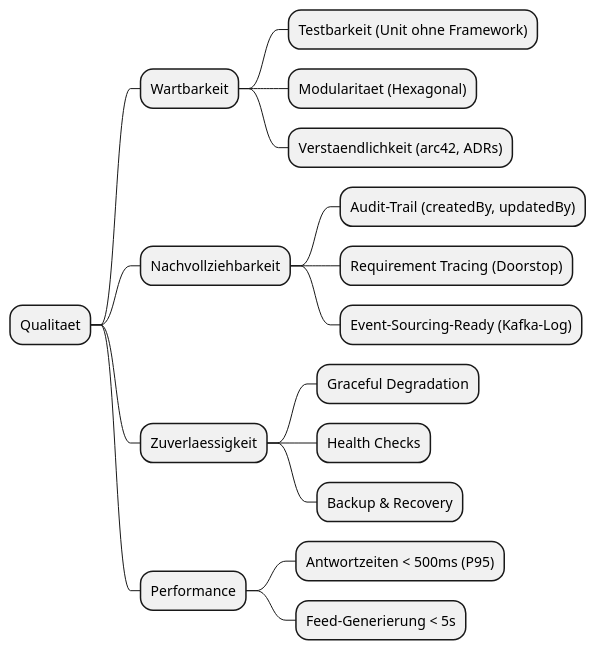
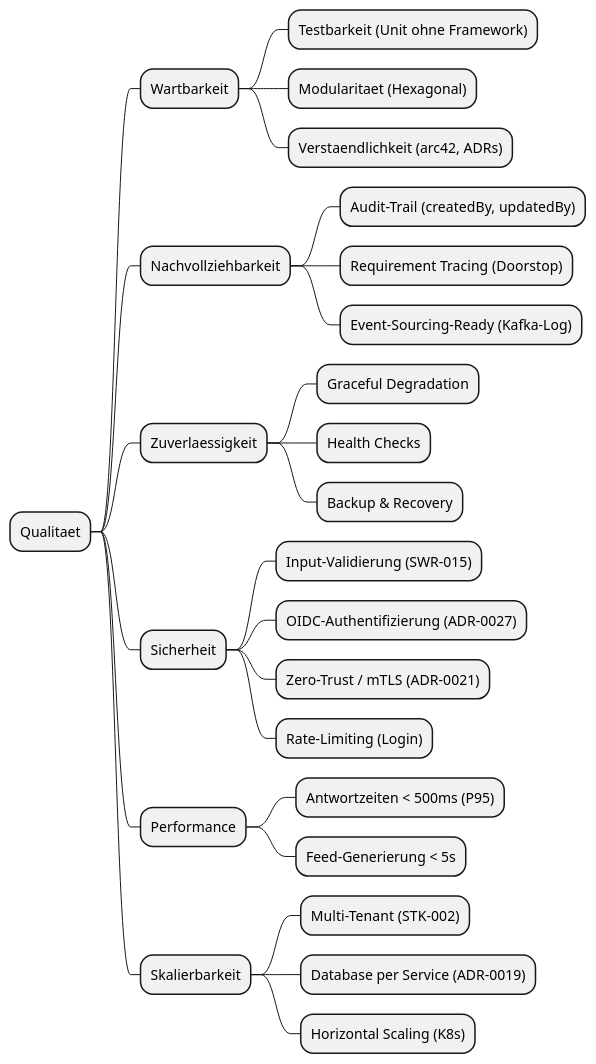
Before and after one commit to tomirgang/tomsblog: the diagram in docs/arc42/modules/ROOT/partials/plantuml/quality-tree.puml, drawn with PlantUML. The commit also changed 10 other files, not shown here.

```diff
--- a/docs/arc42/modules/ROOT/partials/plantuml/quality-tree.puml
+++ b/docs/arc42/modules/ROOT/partials/plantuml/quality-tree.puml
@@ -1,18 +1,27 @@
 @startmindmap quality-tree
 * Qualitaet
 ** Wartbarkeit
 *** Testbarkeit (Unit ohne Framework)
 *** Modularitaet (Hexagonal)
 *** Verstaendlichkeit (arc42, ADRs)
 ** Nachvollziehbarkeit
 *** Audit-Trail (createdBy, updatedBy)
 *** Requirement Tracing (Doorstop)
 *** Event-Sourcing-Ready (Kafka-Log)
 ** Zuverlaessigkeit
 *** Graceful Degradation
 *** Health Checks
 *** Backup & Recovery
+** Sicherheit
+*** Input-Validierung (SWR-015)
+*** OIDC-Authentifizierung (ADR-0027)
+*** Zero-Trust / mTLS (ADR-0021)
+*** Rate-Limiting (Login)
 ** Performance
 *** Antwortzeiten < 500ms (P95)
 *** Feed-Generierung < 5s
+** Skalierbarkeit
+*** Multi-Tenant (STK-002)
+*** Database per Service (ADR-0019)
+*** Horizontal Scaling (K8s)
 @endmindmap
```
